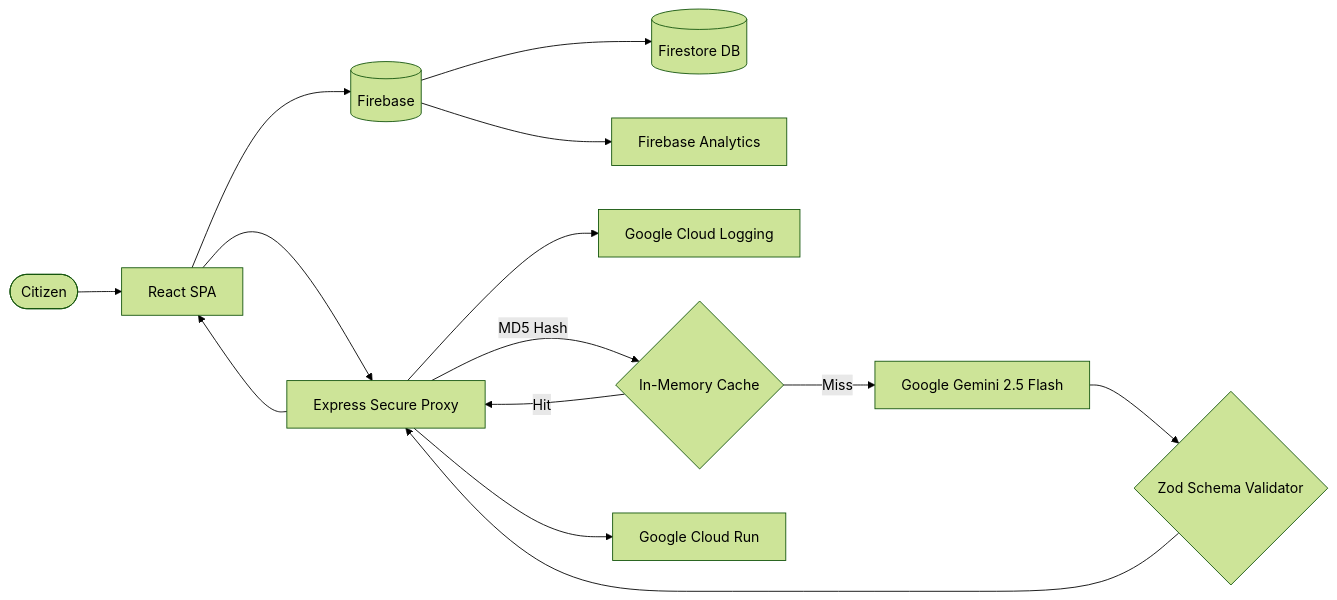
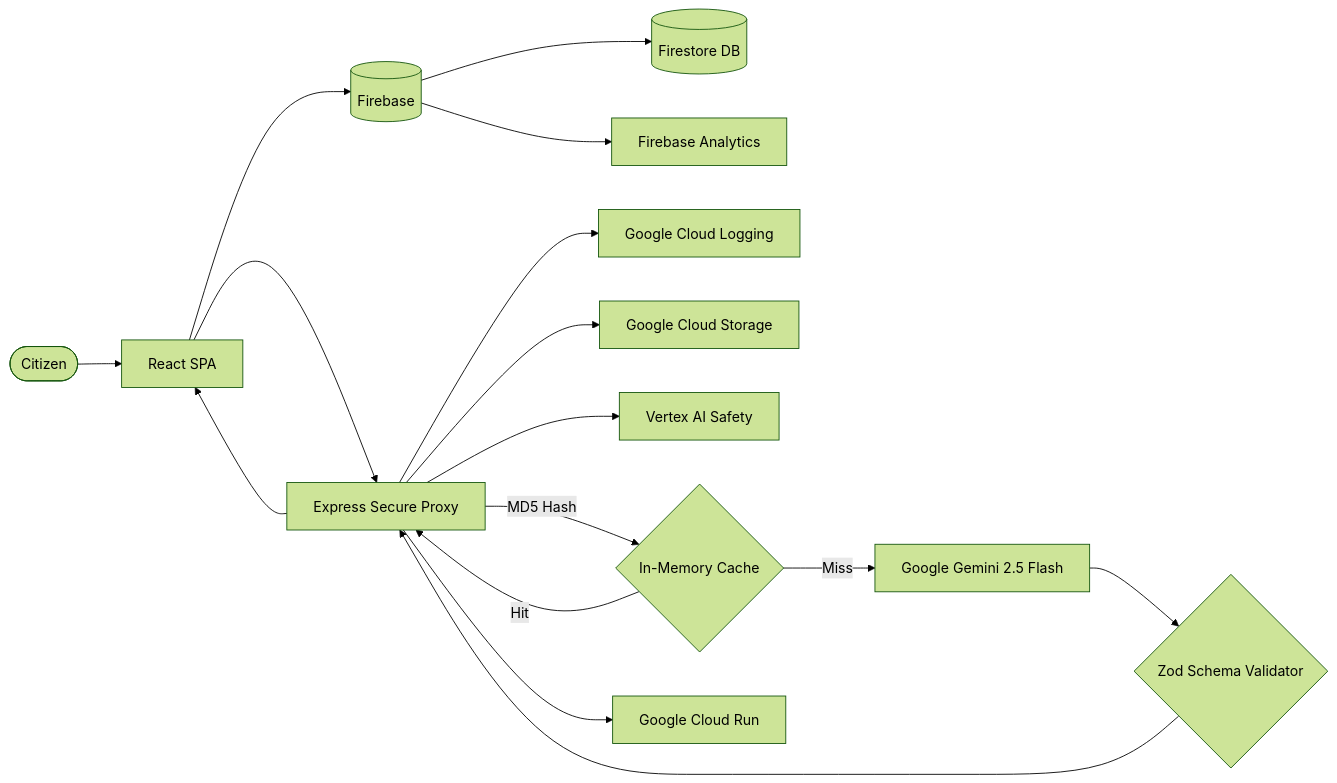
One commit to Hmpunith/ElectIQ changed the diagram in README.md. Above: the diagram before and after it, drawn with Mermaid (forest theme). The commit also changed other lines of this file and 14 other files, not shown here.

Commit message:
🏆 v3.0.0: Modular architecture, 8 Google services, XSS sanitization, 70 tests, Vertex AI + Cloud Storage

````diff
--- a/README.md
+++ b/README.md
@@ -29,16 +30,18 @@
 ```mermaid
 graph LR
     User([Citizen]) --> Client[React SPA]
     Client --> Firebase[(Firebase)]
     Firebase --> Firestore[(Firestore DB)]
     Firebase --> Analytics[Firebase Analytics]
     Client --> API[Express Secure Proxy]
     API --> CloudLog[Google Cloud Logging]
+    API --> GCS[Google Cloud Storage]
+    API --> VertexAI[Vertex AI Safety]
     API -- MD5 Hash --> Cache{In-Memory Cache}
     Cache -- Hit --> API
     Cache -- Miss --> Gemini[Google Gemini 2.5 Flash]
     Gemini --> Zod{Zod Schema Validator}
     Zod --> API
     API --> Client
     API --> CloudRun[Google Cloud Run]
 ```
````
